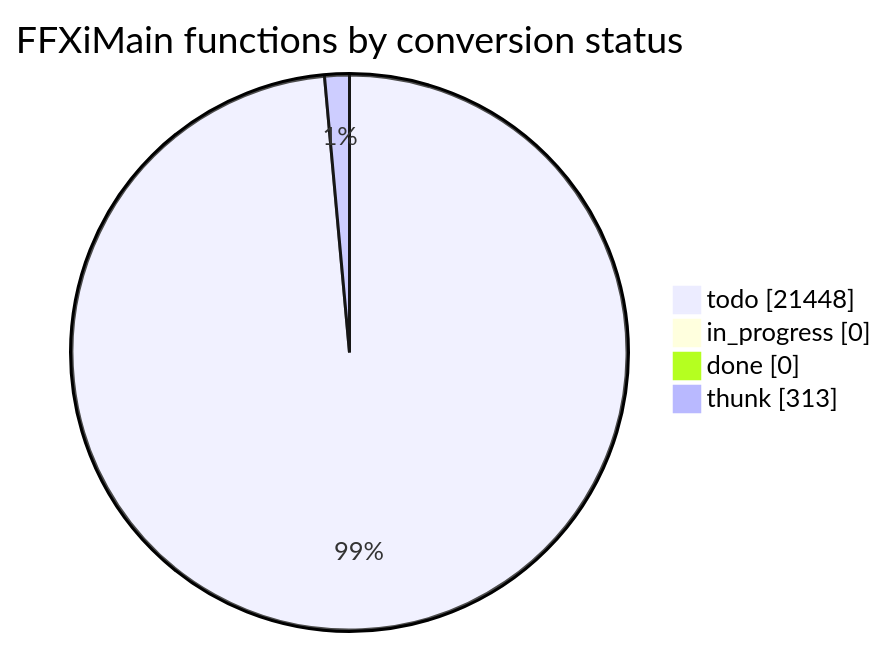
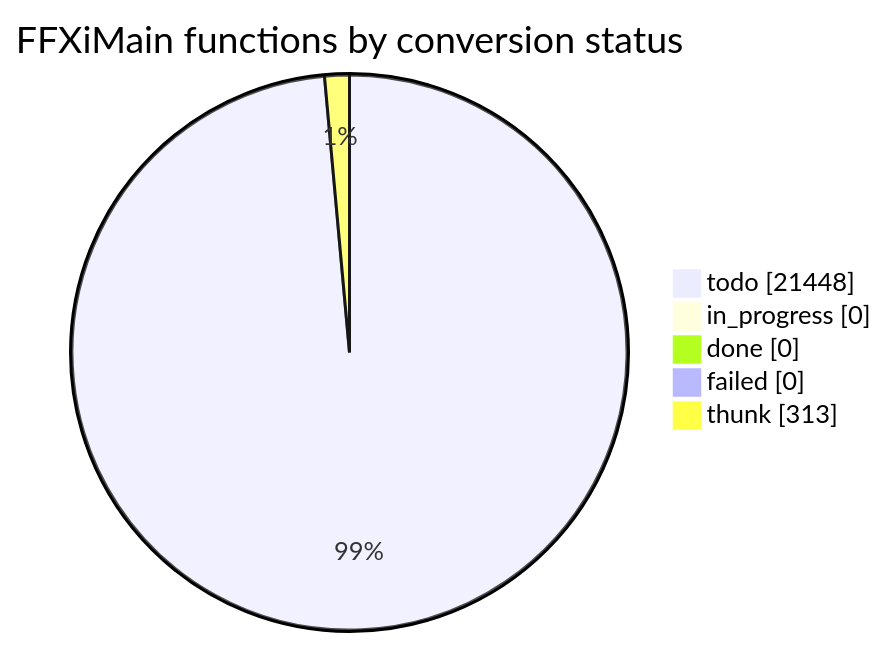
Before and after one commit to cowrevenge/cow_kuluu_xi_anything: the diagram in docs/cow/STATUS.md, drawn with Mermaid. The commit also changed other lines of this file and 4 other files, not shown here.

````diff
--- a/docs/cow/STATUS.md
+++ b/docs/cow/STATUS.md
@@ -17,8 +18,9 @@
 ```mermaid
 pie showData
     title FFXiMain functions by conversion status
     "todo" : 21448
     "in_progress" : 0
     "done" : 0
+    "failed" : 0
     "thunk" : 313
 ```
````
